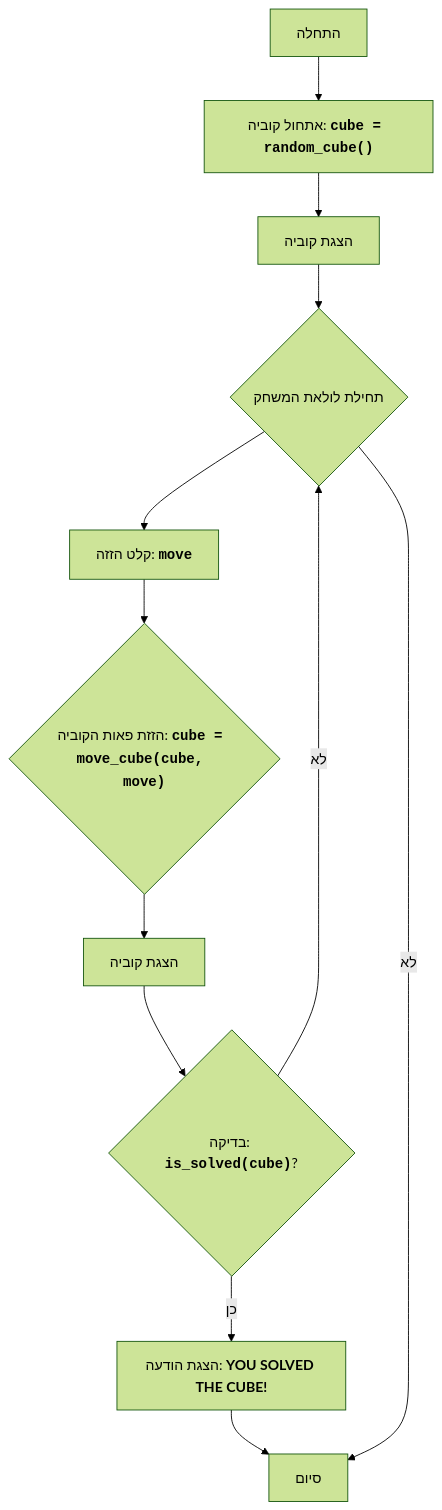
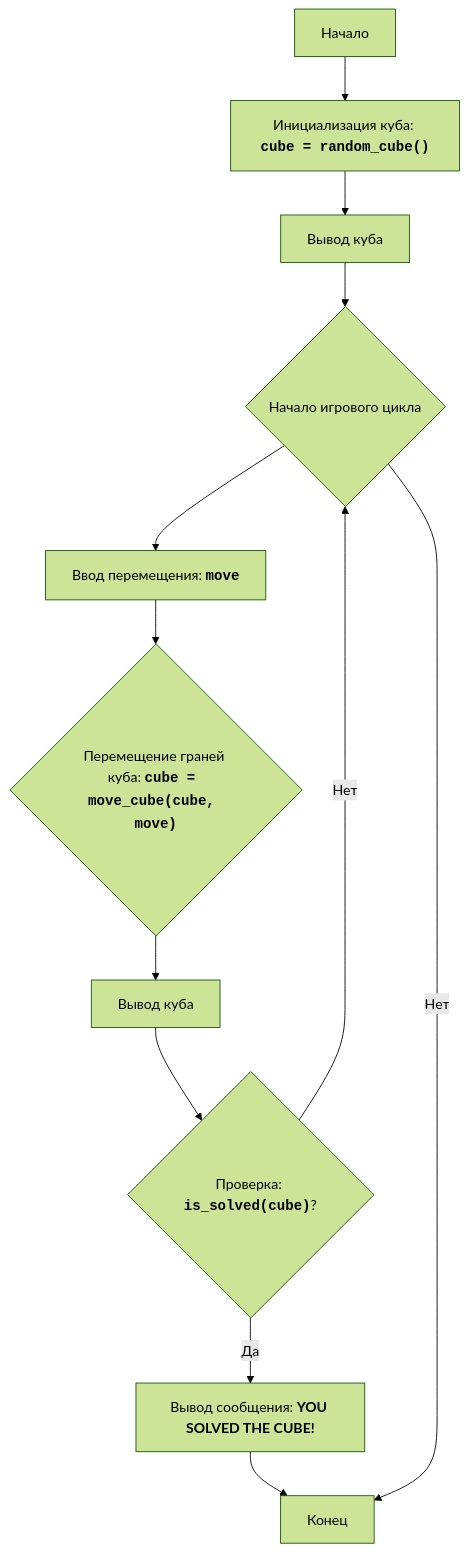
One commit to hypo69/1001-python-he changed the diagram in code/UNSORTED/CUBE/README.MD. Above: the diagram before and after it, drawn with Mermaid (forest theme). The commit also changed other lines of this file and 869 other files, not shown here.

````diff
--- a/code/UNSORTED/CUBE/README.MD
+++ b/code/UNSORTED/CUBE/README.MD
@@ -30,15 +30,15 @@
 ```mermaid
 flowchart TD
-    Start["התחלה"] --> InitializeCube["אתחול קוביה: <code><b>cube = random_cube()</b></code>"]
-    InitializeCube --> DisplayCube["הצגת קוביה"]
-    DisplayCube --> GameLoopStart{"תחילת לולאת המשחק"}
-    GameLoopStart --> InputMove["קלט הזזה: <code><b>move</b></code>"]
-    InputMove --> MoveCube{"הזזת פאות הקוביה: <code><b>cube = move_cube(cube, move)</b></code>"}
-    MoveCube --> DisplayCubeAgain["הצגת קוביה"]
-    DisplayCubeAgain --> CheckSolved{"בדיקה: <code><b>is_solved(cube)</b></code>?"}
-    CheckSolved -- כן --> OutputWin["הצגת הודעה: <b>YOU SOLVED THE CUBE!</b>"]
-    OutputWin --> End["סיום"]
-    CheckSolved -- לא --> GameLoopStart
-    GameLoopStart -- לא --> End
+    Start["Начало"] --> InitializeCube["Инициализация куба: <code><b>cube = random_cube()</b></code>"]
+    InitializeCube --> DisplayCube["Вывод куба"]
+    DisplayCube --> GameLoopStart{"Начало игрового цикла"}
+    GameLoopStart --> InputMove["Ввод перемещения: <code><b>move</b></code>"]
+    InputMove --> MoveCube{"Перемещение граней куба: <code><b>cube = move_cube(cube, move)</b></code>"}
+    MoveCube --> DisplayCubeAgain["Вывод куба"]
+    DisplayCubeAgain --> CheckSolved{"Проверка: <code><b>is_solved(cube)</b></code>?"}
+    CheckSolved -- Да --> OutputWin["Вывод сообщения: <b>YOU SOLVED THE CUBE!</b>"]
+    OutputWin --> End["Конец"]
+    CheckSolved -- Нет --> GameLoopStart
+    GameLoopStart -- Нет --> End
 
 ```
````
